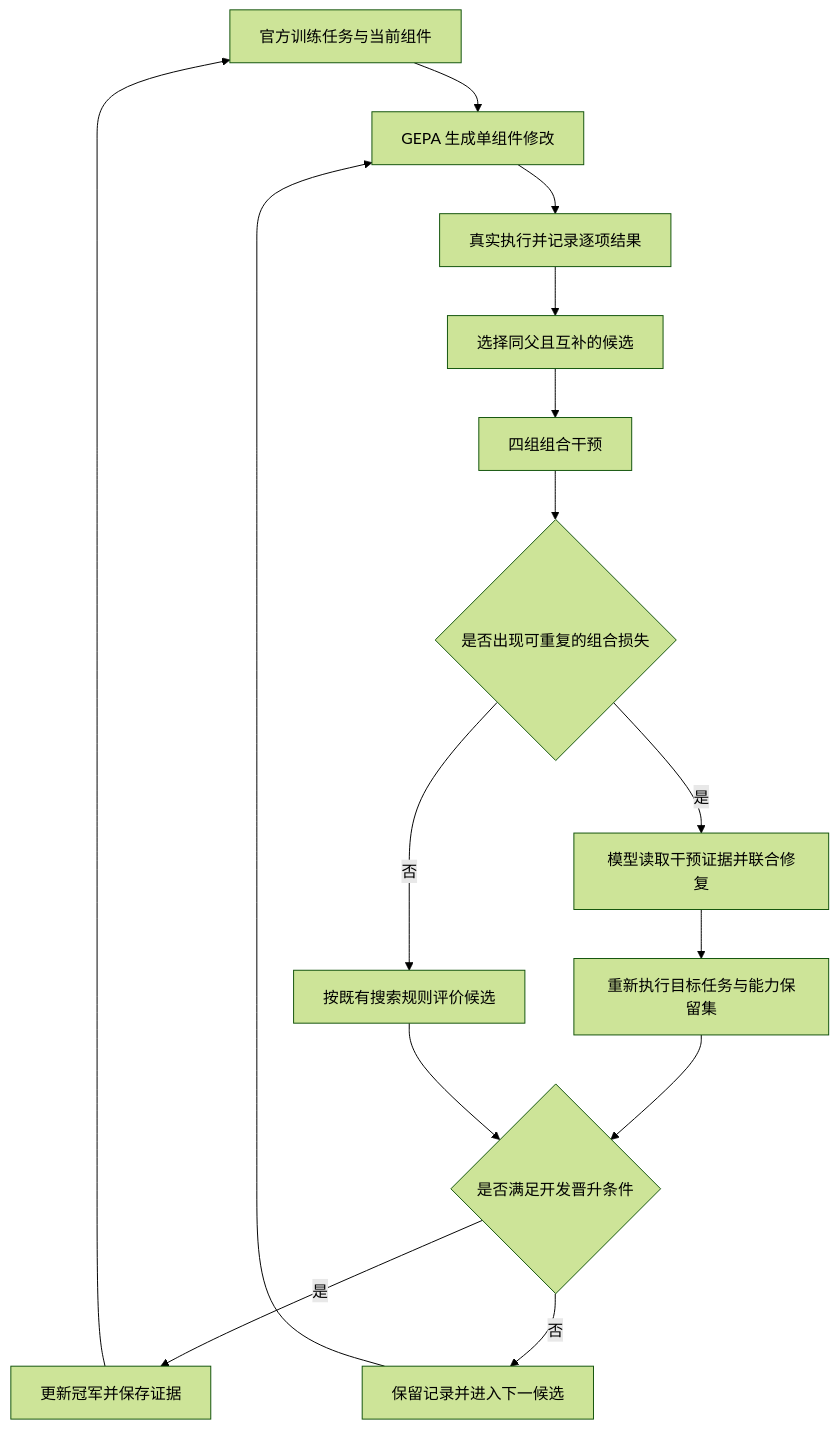
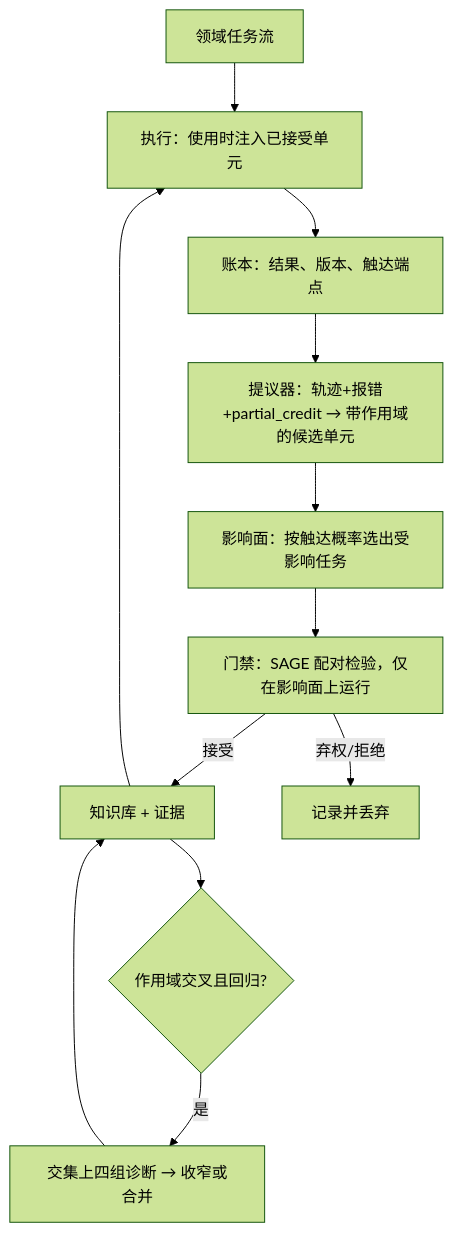
One commit to Jonah-Wu23/gnosis-agent changed the diagram in docs/GNOSIS-科研计划.md. Above: the diagram before and after it, drawn with Mermaid (forest theme). The commit also changed other lines of this file and 62 other files, not shown here.

````diff
--- a/docs/GNOSIS-科研计划.md
+++ b/docs/GNOSIS-科研计划.md
@@ -185,17 +128,14 @@
 ```mermaid
 flowchart TD
-    A[官方训练任务与当前组件] --> B[GEPA 生成单组件修改]
-    B --> C[真实执行并记录逐项结果]
-    C --> D[选择同父且互补的候选]
-    D --> E[四组组合干预]
-    E --> F{是否出现可重复的组合损失}
-    F -->|是| G[模型读取干预证据并联合修复]
-    F -->|否| H[按既有搜索规则评价候选]
-    G --> I[重新执行目标任务与能力保留集]
-    I --> J{是否满足开发晋升条件}
-    J -->|是| K[更新冠军并保存证据]
-    J -->|否| L[保留记录并进入下一候选]
-    H --> J
-    K --> A
-    L --> B
+    S[领域任务流] --> R[执行：使用时注入已接受单元]
+    R --> Lg[账本：结果、版本、触达端点]
+    Lg --> P[提议器：轨迹+报错+partial_credit → 带作用域的候选单元]
+    P --> I[影响面：按触达概率选出受影响任务]
+    I --> G[门禁：SAGE 配对检验，仅在影响面上运行]
+    G -->|接受| K[知识库 + 证据]
+    G -->|弃权/拒绝| X[记录并丢弃]
+    K --> R
+    K --> F{作用域交叉且回归?}
+    F -->|是| Fa[交集上四组诊断 → 收窄或合并]
+    Fa --> K
 ```
````
